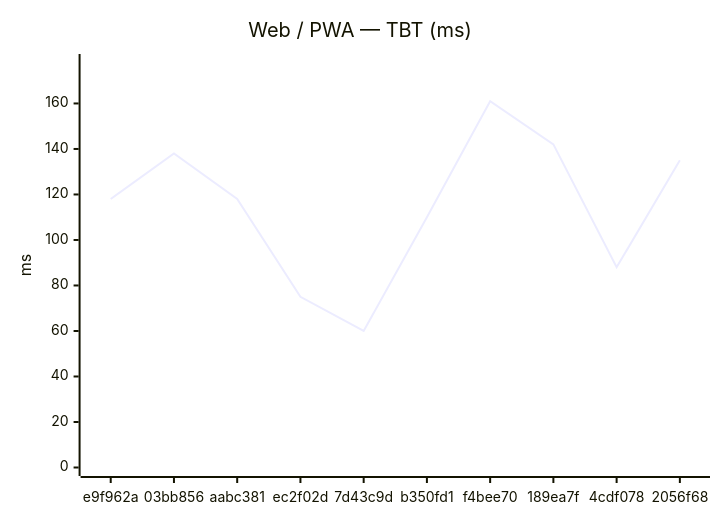
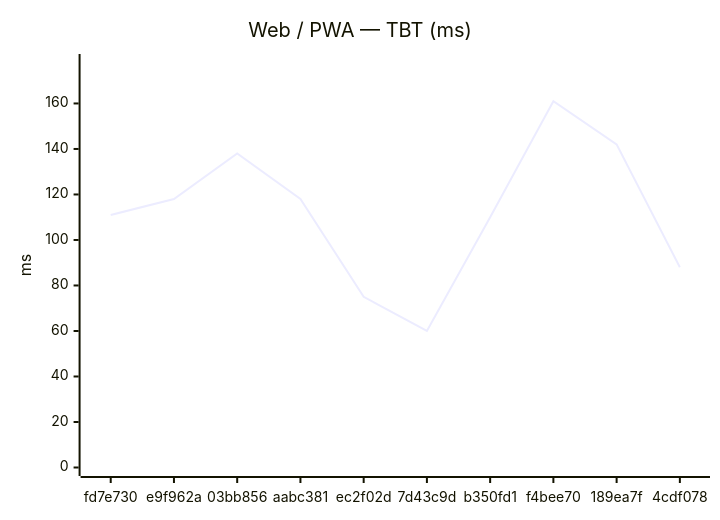
One commit to Metaheurist/Rianell changed the second of 18 diagrams in benchmarks/compare.md. Above: the diagram before and after it, drawn with Mermaid. The commit also changed other lines of this file and 11 other files, not shown here.

````diff
--- a/benchmarks/compare.md
+++ b/benchmarks/compare.md
@@ -31,7 +31,7 @@
 ```mermaid
 xychart-beta
     title "Web / PWA — TBT (ms)"
-    x-axis ["e9f962a", "03bb856", "aabc381", "ec2f02d", "7d43c9d", "b350fd1", "f4bee70", "189ea7f", "4cdf078", "2056f68"]
+    x-axis ["fd7e730", "e9f962a", "03bb856", "aabc381", "ec2f02d", "7d43c9d", "b350fd1", "f4bee70", "189ea7f", "4cdf078"]
     y-axis "ms" 0 --> 178
-    line [118, 138, 118, 75, 60, 110, 161, 142, 88, 135]
+    line [111, 118, 138, 118, 75, 60, 110, 161, 142, 88]
 ```
````
